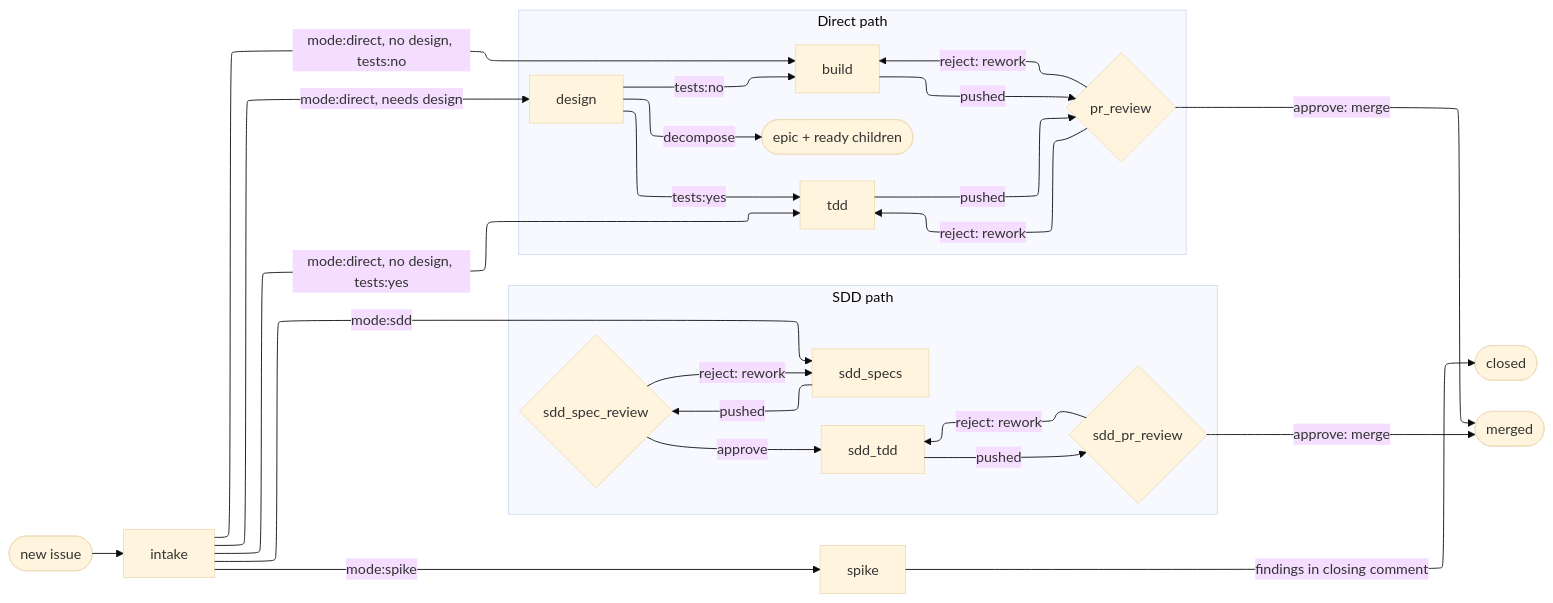
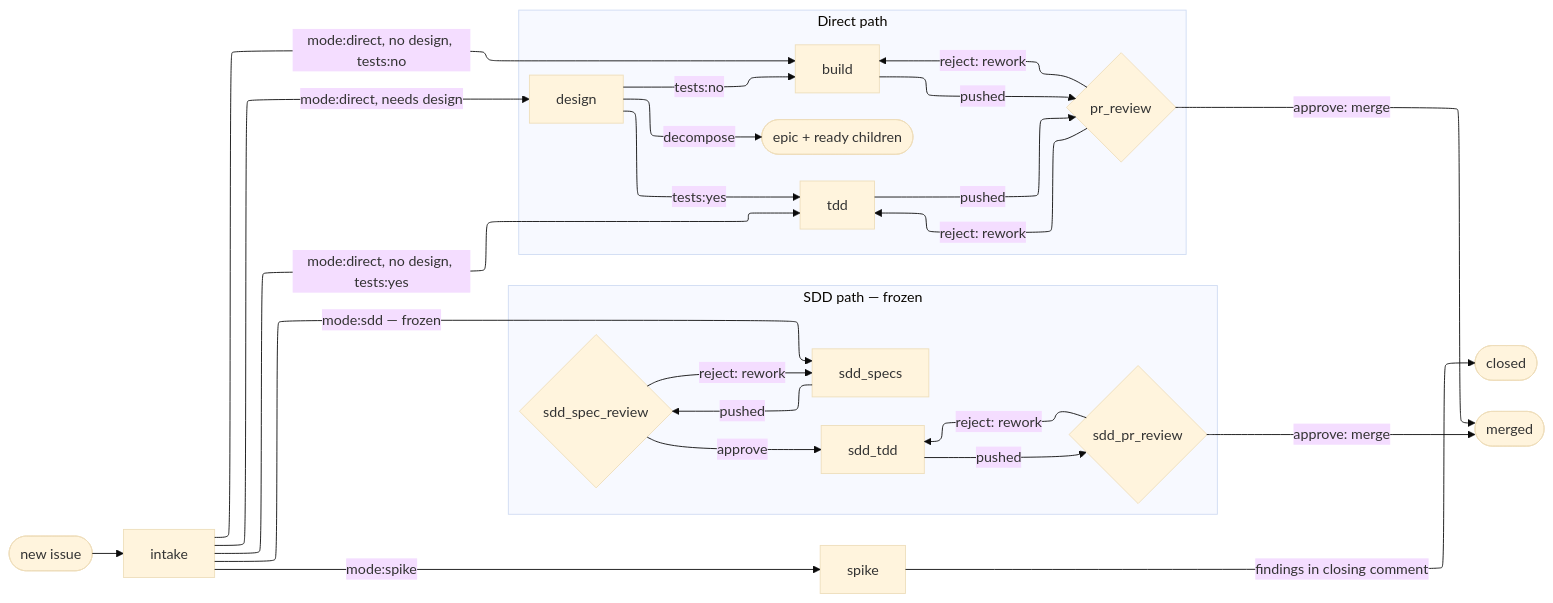
The diagram in software-factory/software-factory.md (GeoffNordling/dev-playbook), drawn with Mermaid (base theme) before and after one commit. The commit also changed other lines of this file and 1 other file, not shown here.

Commit message:
Freeze the SDD path in the factory graph
The SDD subgraph stays drawn but nothing enters it and nothing
dispatches. One authoritative freeze rule sits under the graph in
software-factory.md; the subgraph title and the mode:sdd entry edge are
annotated to match, and intake's mode bullet defers to the rule instead
of running the specs/ applicability test.

Skills, labels, and code are untouched, so issues already inside the
subgraph keep their tuples and the label invariants still hold.

````diff
--- a/software-factory/software-factory.md
+++ b/software-factory/software-factory.md
@@ -45,32 +45,32 @@
 ```mermaid
 %%{init: {'flowchart': {'defaultRenderer': 'elk'}}}%%
 flowchart LR
     new([new issue]) --> intake[intake]
-    intake -->|mode:sdd| sdd_specs[sdd_specs]
+    intake -->|"mode:sdd — frozen"| sdd_specs[sdd_specs]
     intake -->|mode:direct, needs design| design[design]
     intake -->|mode:direct, no design, tests:yes| tdd[tdd]
     intake -->|mode:direct, no design, tests:no| build[build]
     intake -->|mode:spike| spike[spike]
 
-    subgraph sdd[SDD path]
+    subgraph sdd["SDD path — frozen"]
         sdd_specs -->|pushed| sdd_spec_review{sdd_spec_review}
         sdd_spec_review -->|reject: rework| sdd_specs
         sdd_spec_review -->|approve| sdd_tdd[sdd_tdd]
         sdd_tdd -->|pushed| sdd_pr_review{sdd_pr_review}
         sdd_pr_review -->|reject: rework| sdd_tdd
     end
 
     subgraph direct[Direct path]
         design -->|tests:yes| tdd
         design -->|tests:no| build
         design -->|decompose| decomposed([epic + ready children])
         tdd -->|pushed| pr_review{pr_review}
         build -->|pushed| pr_review
         pr_review -->|reject: rework| tdd
         pr_review -->|reject: rework| build
     end
 
     spike -->|findings in closing comment| closed([closed])
     sdd_pr_review -->|approve: merge| done([merged])
     pr_review -->|approve: merge| done
 ```
````
